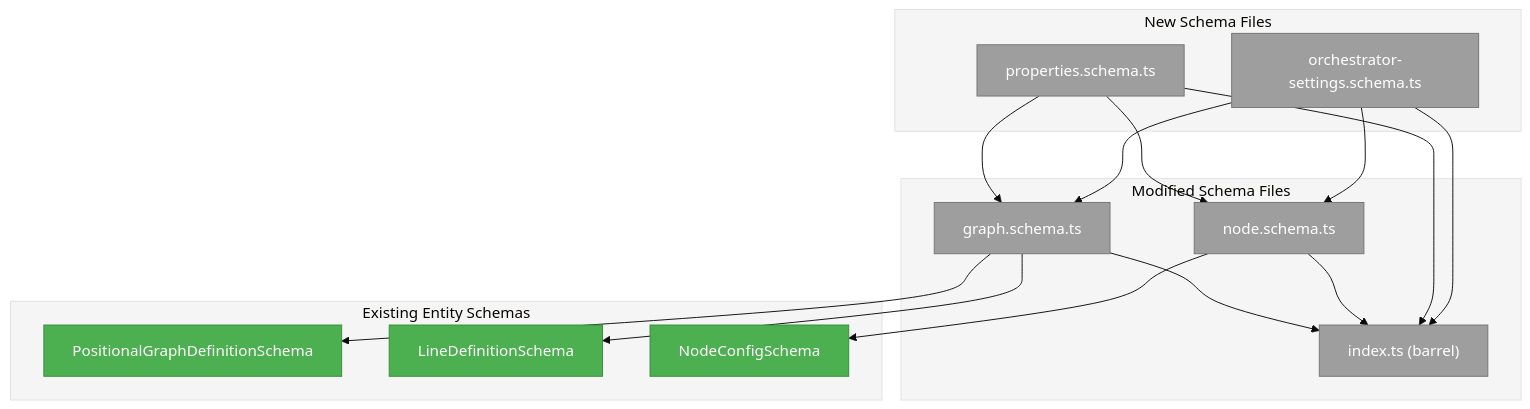
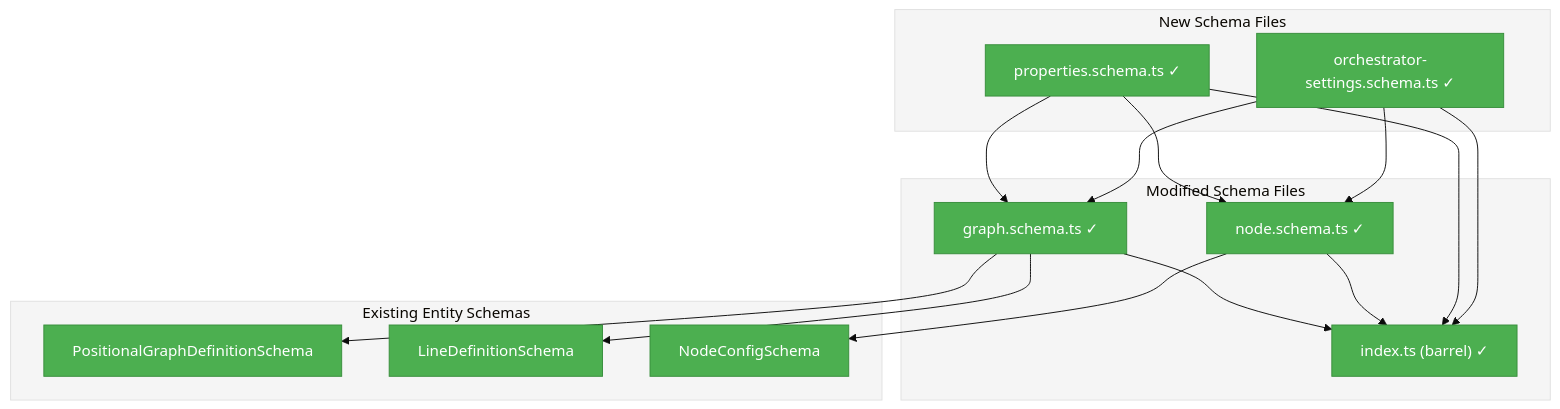
The first of 4 diagrams in docs/plans/026-positional-graph/tasks/phase-7-integration-tests-e2e-and-documentation/001-subtask-property-bags-and-orchestrator-settings.md (AI-Substrate/chainglass), drawn with Mermaid (base theme) before and after one commit. The commit also changed other lines of this file and 21 other files, not shown here.

First line of the commit message:
feat(positional-graph): add properties and orchestratorSettings to all entities

````diff
--- a/docs/plans/026-positional-graph/tasks/phase-7-integration-tests-e2e-and-documentation/001-subtask-property-bags-and-orchestrator-settings.md
+++ b/docs/plans/026-positional-graph/tasks/phase-7-integration-tests-e2e-and-documentation/001-subtask-property-bags-and-orchestrator-settings.md
@@ -149,38 +149,38 @@
 ```mermaid
 flowchart TD
     classDef pending fill:#9E9E9E,stroke:#757575,color:#fff
     classDef completed fill:#4CAF50,stroke:#388E3C,color:#fff
 
     style Schemas fill:#F5F5F5,stroke:#E0E0E0
     style NewFiles fill:#F5F5F5,stroke:#E0E0E0
     style ModifiedFiles fill:#F5F5F5,stroke:#E0E0E0
 
     subgraph NewFiles["New Schema Files"]
-        NF1["properties.schema.ts"]:::pending
-        NF2["orchestrator-settings.schema.ts"]:::pending
+        NF1["properties.schema.ts ✓"]:::completed
+        NF2["orchestrator-settings.schema.ts ✓"]:::completed
     end
 
     subgraph ModifiedFiles["Modified Schema Files"]
-        MF1["graph.schema.ts"]:::pending
-        MF2["node.schema.ts"]:::pending
-        MF3["index.ts (barrel)"]:::pending
+        MF1["graph.schema.ts ✓"]:::completed
+        MF2["node.schema.ts ✓"]:::completed
+        MF3["index.ts (barrel) ✓"]:::completed
     end
 
     subgraph Schemas["Existing Entity Schemas"]
         S1["PositionalGraphDefinitionSchema"]:::completed
         S2["LineDefinitionSchema"]:::completed
         S3["NodeConfigSchema"]:::completed
     end
 
     NF1 --> MF1
     NF1 --> MF2
     NF2 --> MF1
     NF2 --> MF2
     MF1 --> S1
     MF1 --> S2
     MF2 --> S3
     MF1 --> MF3
     MF2 --> MF3
     NF1 --> MF3
     NF2 --> MF3
 ```
````
